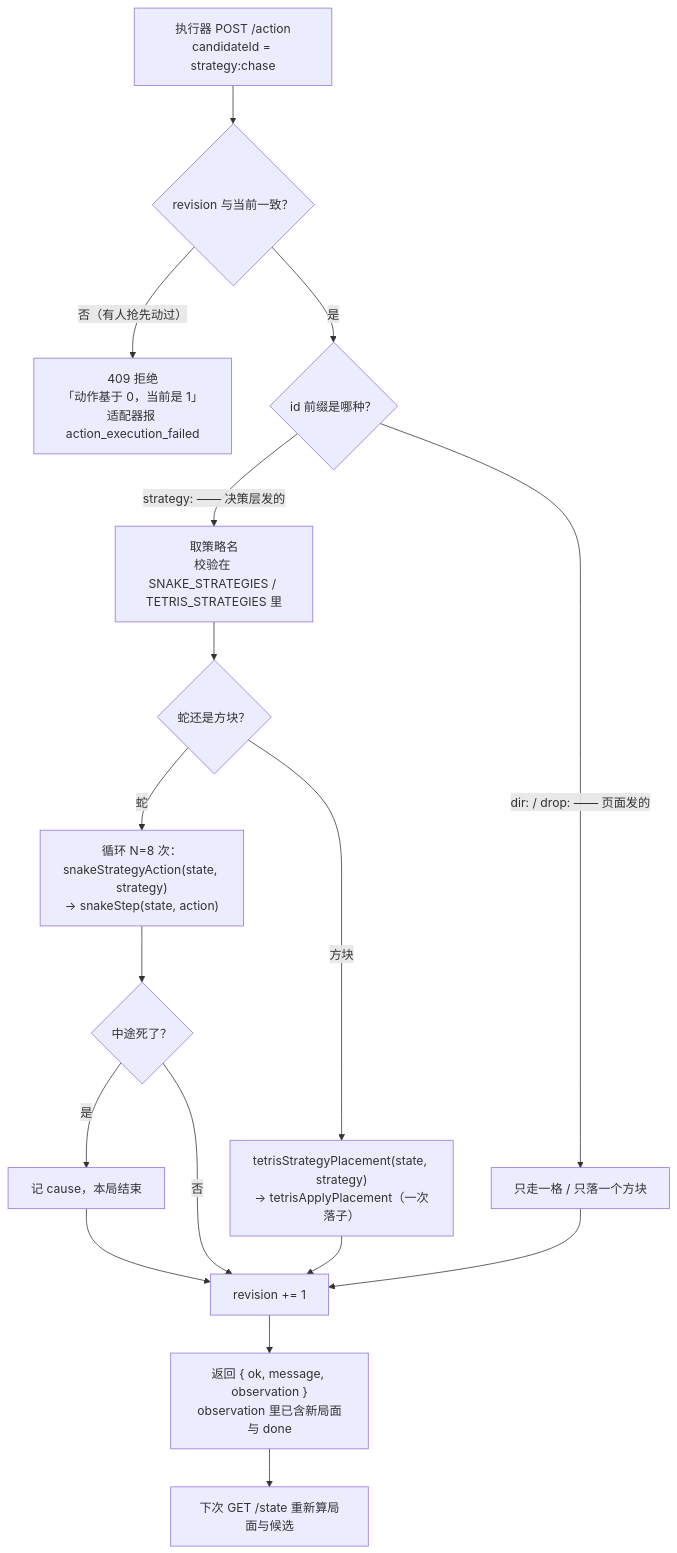
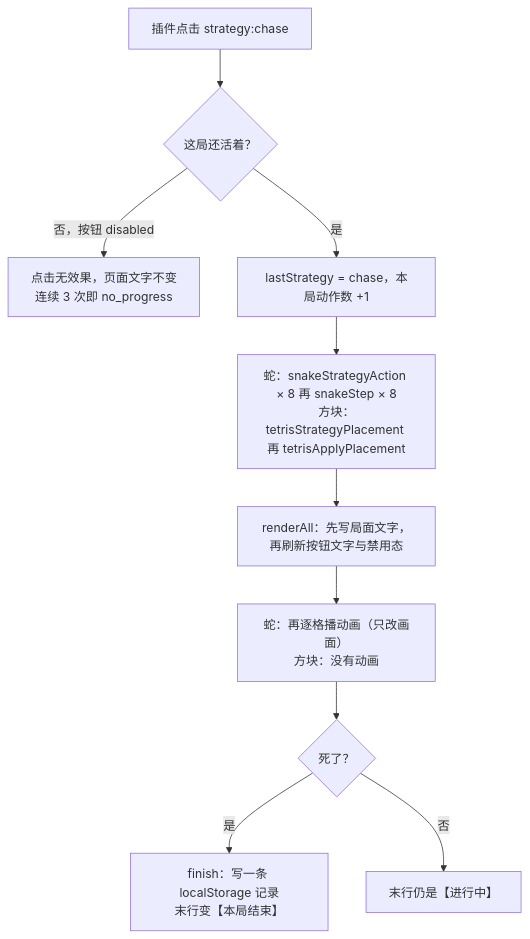
The second of 2 diagrams in games/时序图.md (LiuRJ99/dsh-decision-engine), drawn with Mermaid before and after one commit. The commit also changed other lines of this file and 1 other file, not shown here.

First line of the commit message:
docs(games): rewrite both documents for the page-owned architecture

````diff
--- a/games/时序图.md
+++ b/games/时序图.md
@@ -66,23 +56,12 @@
 ```mermaid
 flowchart TD
-    A["执行器 POST /action<br/>candidateId = strategy:chase"] --> V{"revision 与当前一致？"}
-    V -->|"否（有人抢先动过）"| REJ["409 拒绝<br/>「动作基于 0，当前是 1」<br/>适配器报 action_execution_failed"]
-    V -->|是| PRE{"id 前缀是哪种？"}
-
-    PRE -->|"strategy: —— 决策层发的"| ST["取策略名<br/>校验在 SNAKE_STRATEGIES / TETRIS_STRATEGIES 里"]
-    PRE -->|"dir: / drop: —— 页面发的"| MV["只走一格 / 只落一个方块"]
-
-    ST --> Q{"蛇还是方块？"}
-    Q -->|蛇| LOOP["循环 N=8 次：<br/>snakeStrategyAction(state, strategy)<br/>→ snakeStep(state, action)"]
-    Q -->|方块| PLACE["tetrisStrategyPlacement(state, strategy)<br/>→ tetrisApplyPlacement（一次落子）"]
-
-    LOOP --> D{"中途死了？"}
-    D -->|是| DIE["记 cause，本局结束"]
-    D -->|否| OK["revision += 1"]
-    PLACE --> OK
-    MV --> OK
-    DIE --> OK
-
-    OK --> SNAP["返回 { ok, message, observation }<br/>observation 里已含新局面与 done"]
-    SNAP --> NEXT["下次 GET /state 重新算局面与候选"]
+    C["插件点击 strategy:chase"] --> A{"这局还活着？"}
+    A -->|"否，按钮 disabled"| N["点击无效果，页面文字不变<br/>连续 3 次即 no_progress"]
+    A -->|"是"| S["lastStrategy = chase，本局动作数 +1"]
+    S --> L["蛇：snakeStrategyAction × 8 再 snakeStep × 8<br/>方块：tetrisStrategyPlacement 再 tetrisApplyPlacement"]
+    L --> R["renderAll：先写局面文字，再刷新按钮文字与禁用态"]
+    R --> AN["蛇：再逐格播动画（只改画面）<br/>方块：没有动画"]
+    AN --> F{"死了？"}
+    F -->|"是"| FIN["finish：写一条 localStorage 记录<br/>末行变【本局结束】"]
+    F -->|"否"| GO["末行仍是【进行中】"]
 ```
````
